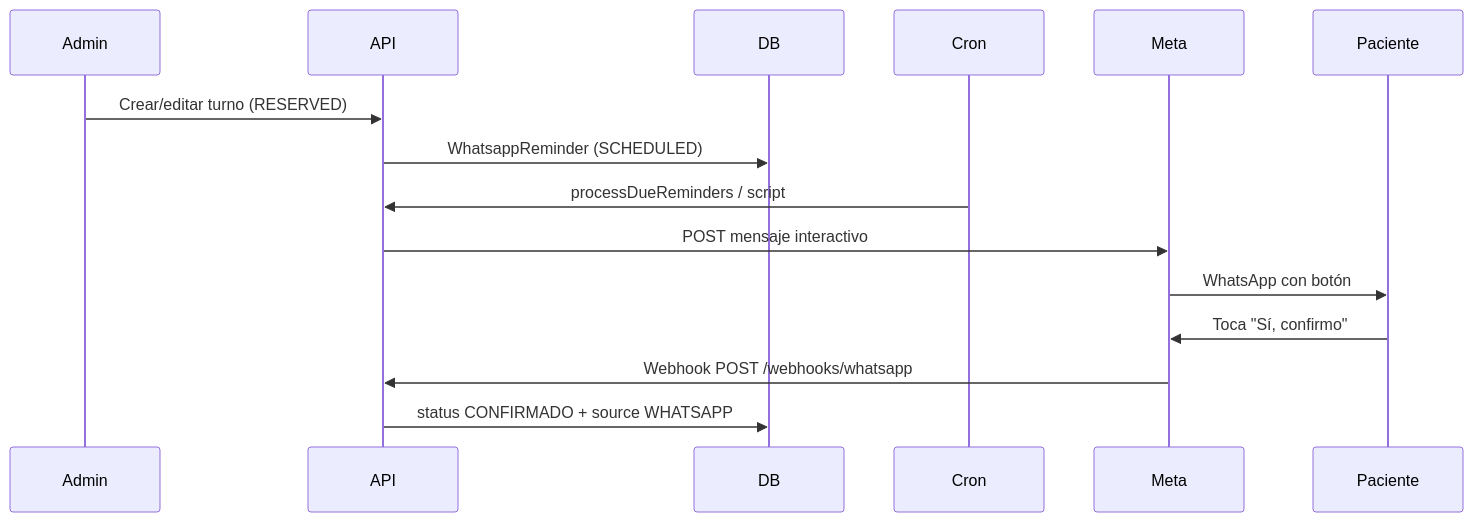
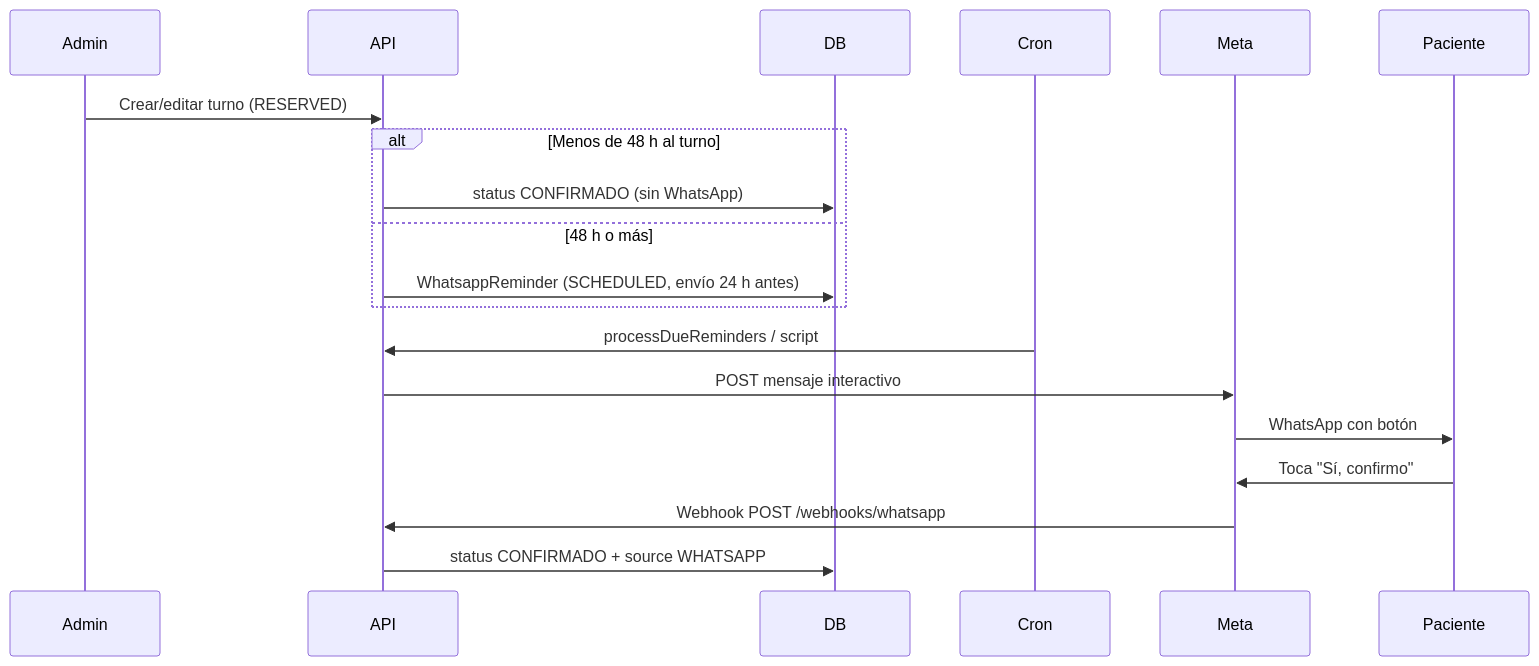
The diagram in docs/WHATSAPP-RECORDATORIOS.md (nicoconti1901/LogoCen-App), drawn with Mermaid before and after one commit. The commit also changed other lines of this file and 5 other files, not shown here.

First line of the commit message:
Solo recordatorio 24 h antes; auto-confirmar turnos con menos de 48 h

````diff
--- a/docs/WHATSAPP-RECORDATORIOS.md
+++ b/docs/WHATSAPP-RECORDATORIOS.md
@@ -58,20 +52,24 @@
 ```mermaid
 sequenceDiagram
   participant Admin
   participant API
   participant DB
   participant Cron
   participant Meta
   participant Paciente
 
   Admin->>API: Crear/editar turno (RESERVED)
-  API->>DB: WhatsappReminder (SCHEDULED)
+  alt Menos de 48 h al turno
+    API->>DB: status CONFIRMADO (sin WhatsApp)
+  else 48 h o más
+    API->>DB: WhatsappReminder (SCHEDULED, envío 24 h antes)
+  end
 
   Cron->>API: processDueReminders / script
   API->>Meta: POST mensaje interactivo
   Meta->>Paciente: WhatsApp con botón
 
   Paciente->>Meta: Toca "Sí, confirmo"
   Meta->>API: Webhook POST /webhooks/whatsapp
   API->>DB: status CONFIRMADO + source WHATSAPP
 ```
````
